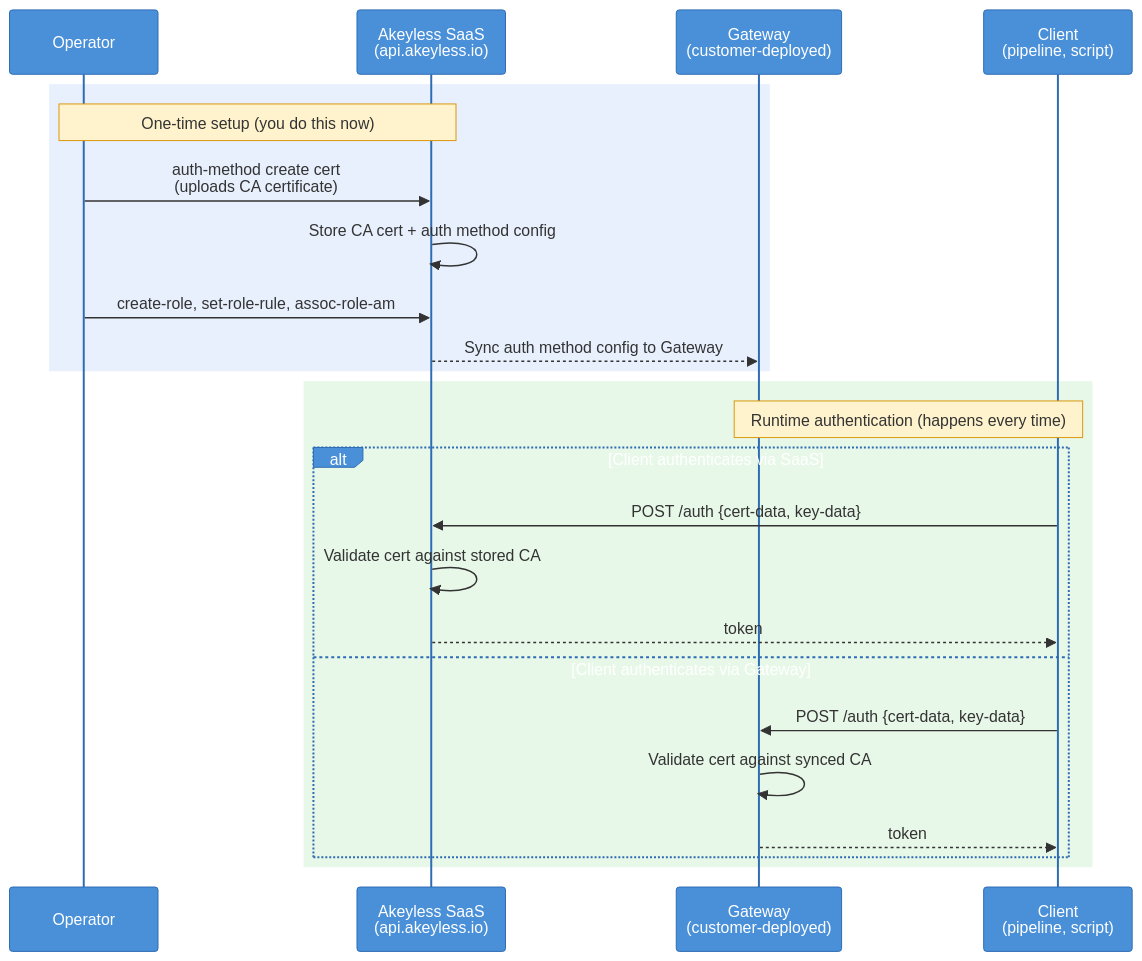
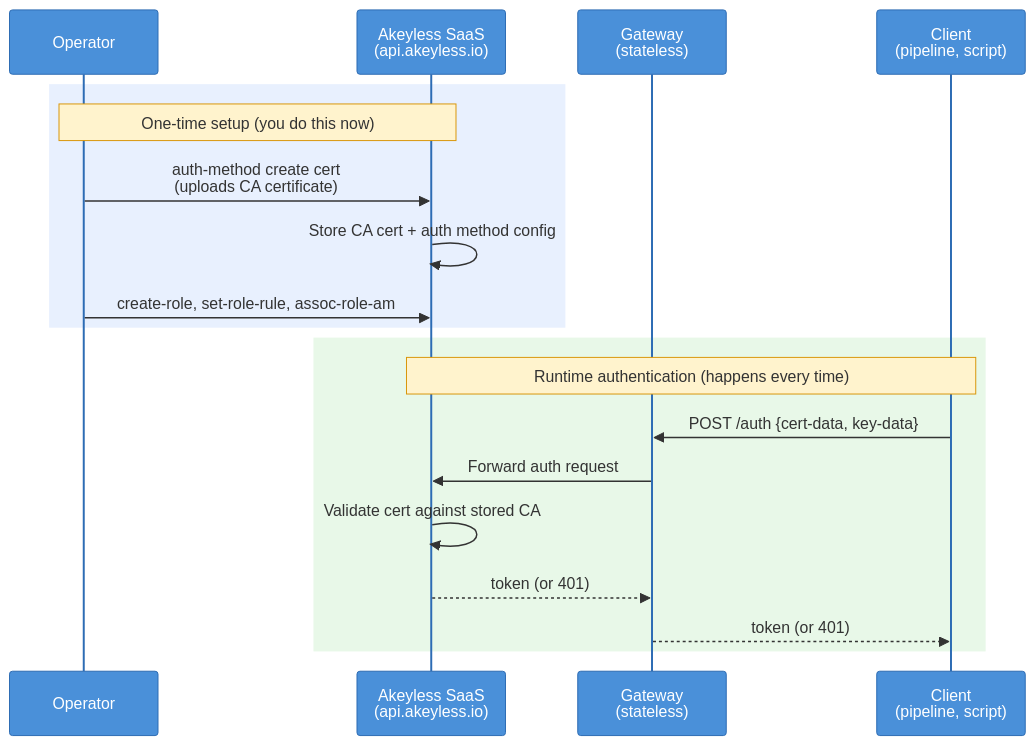
One commit to Fahmy-Kadiri-akl/akeyless-certificate-auth changed the sixth of 6 diagrams in README.md. Above: the diagram before and after it, drawn with Mermaid. The commit also changed other lines of this file, not shown here.

Commit message:
Fix Gateway role: stateless proxy, not local validator

````diff
--- a/README.md
+++ b/README.md
@@ -593,41 +594,36 @@
 ```mermaid
 ---
 config:
   look: handDrawn
   theme: base
   themeVariables:
     actorBkg: "#4A90D9"
     actorTextColor: "#fff"
     actorBorder: "#2D6CB4"
     signalColor: "#333"
     noteBkgColor: "#FFF3CD"
     noteBorderColor: "#D9960A"
     noteTextColor: "#333"
 ---
 sequenceDiagram
     participant Op as Operator
     participant SaaS as Akeyless SaaS<br/>(api.akeyless.io)
-    participant GW as Gateway<br/>(customer-deployed)
+    participant GW as Gateway<br/>(stateless)
     participant Client as Client<br/>(pipeline, script)
 
     rect rgb(232, 240, 254)
     Note over Op,SaaS: One-time setup (you do this now)
     Op->>SaaS: auth-method create cert<br/>(uploads CA certificate)
     SaaS->>SaaS: Store CA cert + auth method config
     Op->>SaaS: create-role, set-role-rule, assoc-role-am
-    SaaS-->>GW: Sync auth method config to Gateway
     end
 
     rect rgb(232, 248, 232)
-    Note over Client,GW: Runtime authentication (happens every time)
-    alt Client authenticates via SaaS
-        Client->>SaaS: POST /auth {cert-data, key-data}
-        SaaS->>SaaS: Validate cert against stored CA
-        SaaS-->>Client: token
-    else Client authenticates via Gateway
-        Client->>GW: POST /auth {cert-data, key-data}
-        GW->>GW: Validate cert against synced CA
-        GW-->>Client: token
-    end
+    Note over Client,SaaS: Runtime authentication (happens every time)
+    Client->>GW: POST /auth {cert-data, key-data}
+    GW->>SaaS: Forward auth request
+    SaaS->>SaaS: Validate cert against stored CA
+    SaaS-->>GW: token (or 401)
+    GW-->>Client: token (or 401)
     end
 ```
````
